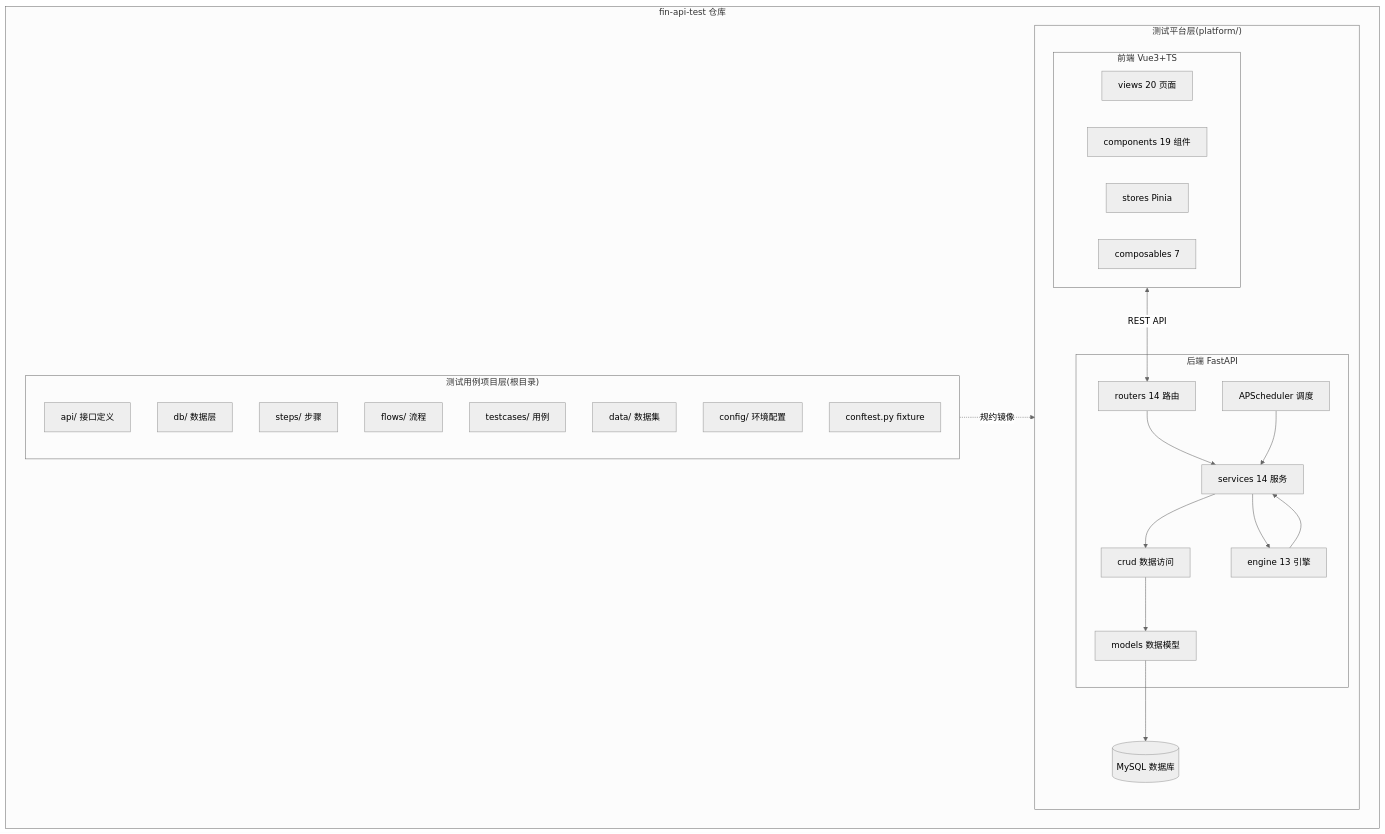
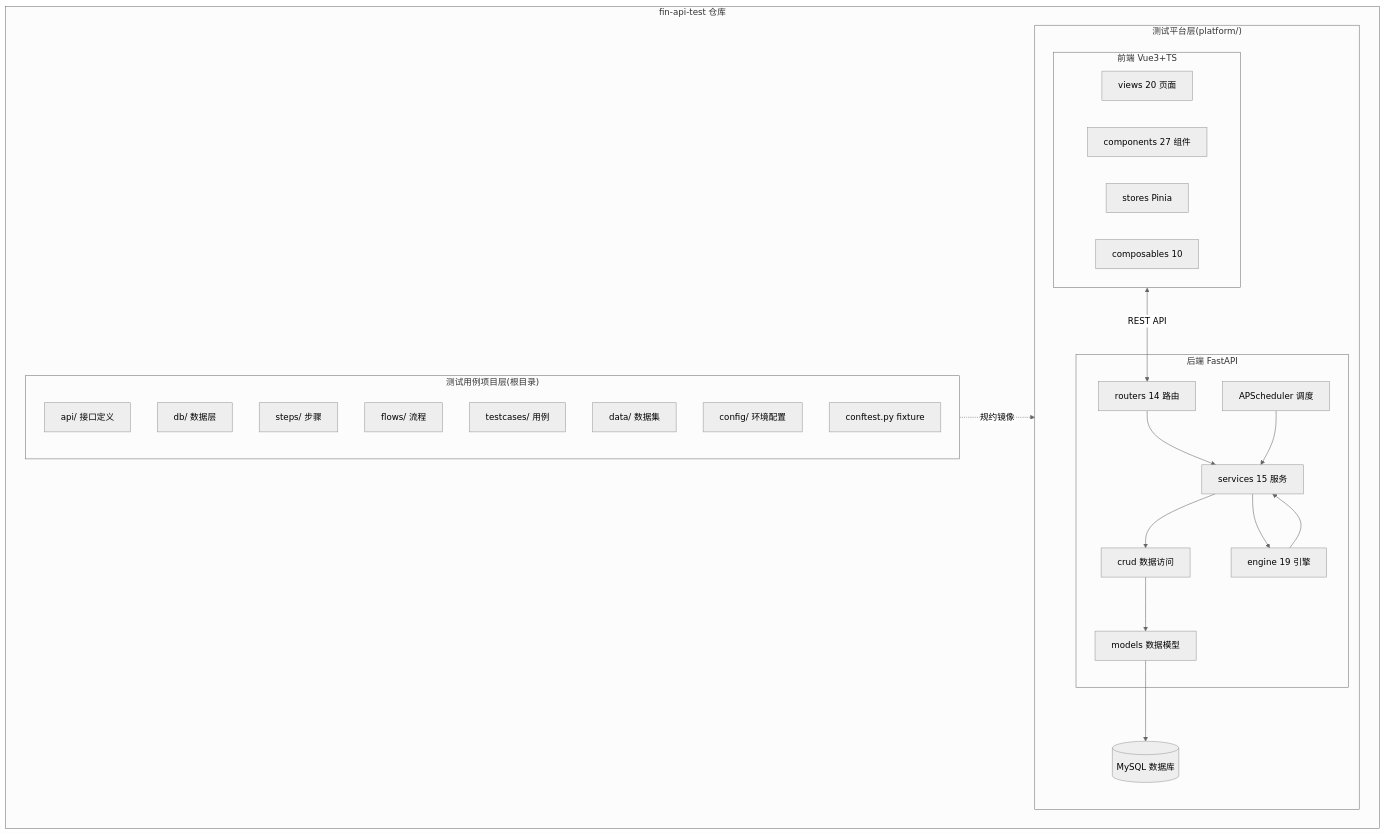
Before and after one commit to zl2237/fin-api-test: the first of 6 diagrams in docs/SYSTEM_DESIGN.md, drawn with Mermaid (neutral theme). The commit also changed other lines of this file and 6 other files, not shown here.

````diff
--- a/docs/SYSTEM_DESIGN.md
+++ b/docs/SYSTEM_DESIGN.md
@@ -54,42 +54,42 @@
 ```mermaid
 flowchart TB
     subgraph Repo["fin-api-test 仓库"]
         subgraph TestCaseLayer["测试用例项目层(根目录)"]
             API1[api/ 接口定义]
             DB1[db/ 数据层]
             STEPS1[steps/ 步骤]
             FLOWS1[flows/ 流程]
             TC1[testcases/ 用例]
             DATA1[data/ 数据集]
             CONF[config/ 环境配置]
             CONFT[conftest.py fixture]
         end
         subgraph PlatformLayer["测试平台层(platform/)"]
             subgraph Frontend["前端 Vue3+TS"]
                 VIEWS[views 20 页面]
-                COMP[components 19 组件]
+                COMP[components 27 组件]
                 STORES[stores Pinia]
-                COMP2[composables 7]
+                COMP2[composables 10]
             end
             subgraph Backend["后端 FastAPI"]
                 ROUTERS[routers 14 路由]
-                SERVICES[services 14 服务]
+                SERVICES[services 15 服务]
                 CRUD[crud 数据访问]
-                ENGINE[engine 13 引擎]
+                ENGINE[engine 19 引擎]
                 MODELS[models 数据模型]
                 SCHED[APScheduler 调度]
             end
             DB[(MySQL 数据库)]
         end
     end
 
     TestCaseLayer -.规约镜像.-> PlatformLayer
     Frontend <-->|REST API| ROUTERS
     ROUTERS --> SERVICES
     SERVICES --> CRUD
     SERVICES --> ENGINE
     CRUD --> MODELS
     MODELS --> DB
     ENGINE --> SERVICES
     SCHED --> SERVICES
 ```
````
